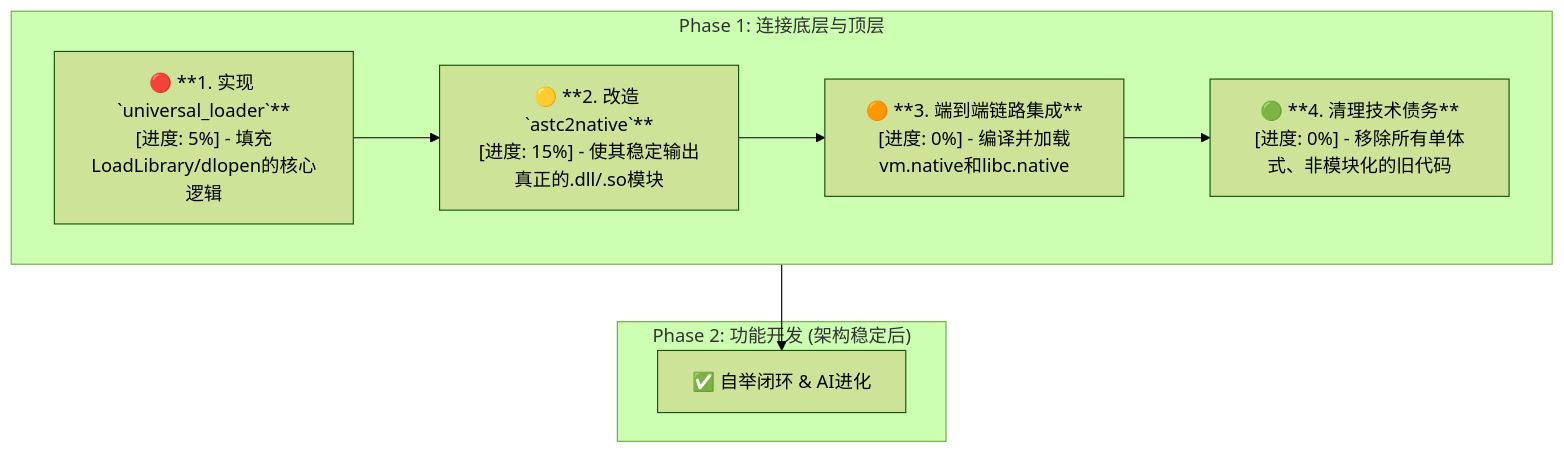
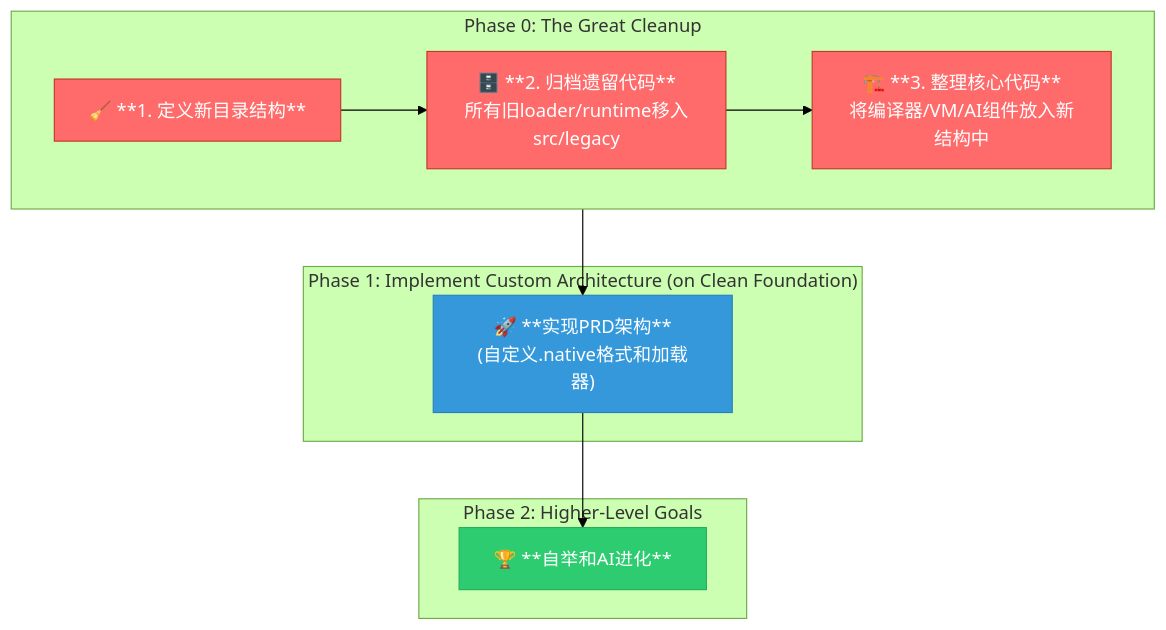
The diagram in docs/cursor.md (wanjochan/self-evolve-ai), drawn with Mermaid (forest theme) before and after one commit. The commit also changed other lines of this file and 10 other files, not shown here.

````diff
--- a/docs/cursor.md
+++ b/docs/cursor.md
@@ -12,27 +12,26 @@
 ```mermaid
 graph TD
-    subgraph "Phase 1: 连接底层与顶层"
+    subgraph "Phase 0: The Great Cleanup"
         direction LR
-        
-        P1A["🔴 **1. 实现 `universal_loader`**<br/>[进度: 5%] - 填充LoadLibrary/dlopen的核心逻辑"]
-        P1B["🟡 **2. 改造 `astc2native`**<br/>[进度: 15%] - 使其稳定输出真正的.dll/.so模块"]
-        P1C["🟠 **3. 端到端链路集成**<br/>[进度: 0%] - 编译并加载vm.native和libc.native"]
-        P1D["🟢 **4. 清理技术债务**<br/>[进度: 0%] - 移除所有单体式、非模块化的旧代码"]
-        
-        P1A --> P1B
-        P1B --> P1C
-        P1C --> P1D
+        A["🧹 **1. 定义新目录结构**"] --> B["🗄️ **2. 归档遗留代码**<br/>所有旧loader/runtime移入src/legacy"]
+        B --> C["🏗️ **3. 整理核心代码**<br/>将编译器/VM/AI组件放入新结构中"]
     end
 
-    subgraph "Phase 2: 功能开发 (架构稳定后)"
-        P2["✅ 自举闭环 & AI进化"]
+    subgraph "Phase 1: Implement Custom Architecture (on Clean Foundation)"
+        D["🚀 **实现PRD架构**<br/>(自定义.native格式和加载器)"]
     end
     
-    P1D --> P2
+    subgraph "Phase 2: Higher-Level Goals"
+        E["🏆 **自举和AI进化**"]
+    end
 
-    classDef P1A fill:#d63031,stroke:#d63031,color:white;
-    classDef P1B fill:#fdcb6e,stroke:#fdcb6e;
-    classDef P1C fill:#00b894,stroke:#00b894,color:white;
-    classDef P1D fill:#636e72,stroke:#636e72,color:white;
-    classDef P2 fill:#0984e3,stroke:#0984e3,color:white;
+    C --> D --> E
+    
+    classDef phase0 fill:#ff6b6b,stroke:#c0392b,color:white
+    classDef phase1 fill:#3498db,stroke:#2980b9,color:white
+    classDef phase2 fill:#2ecc71,stroke:#27ae60,color:white
+    
+    class A,B,C phase0
+    class D phase1
+    class E phase2
 ```
````
